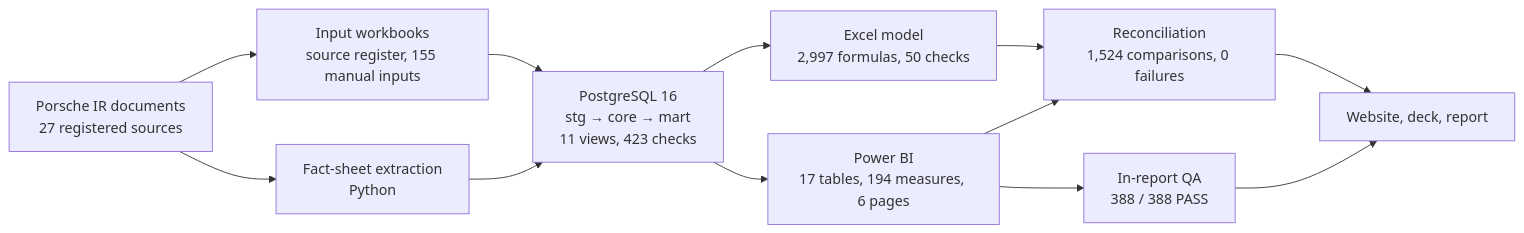
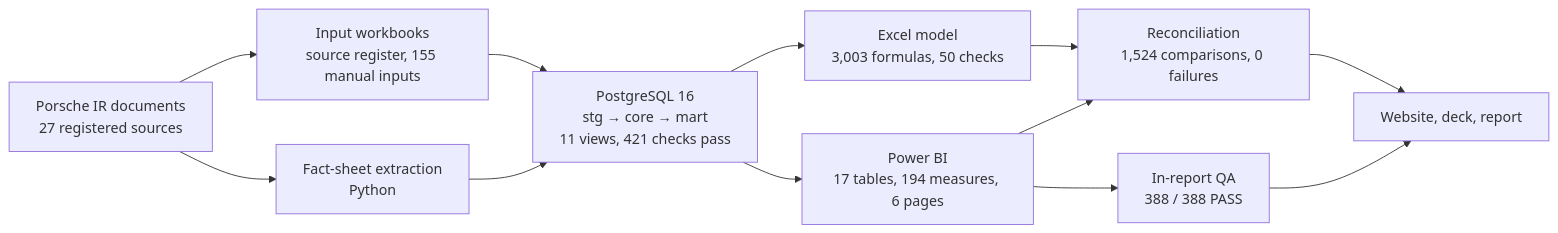
Before and after one commit to vigneshwari2408/porsche-margin-recovery: the diagram in README.md, drawn with Mermaid. The commit also changed other lines of this file and 21 other files, not shown here.

````diff
--- a/README.md
+++ b/README.md
@@ -168,14 +172,14 @@
 ```mermaid
 flowchart LR
     A["Porsche IR documents<br/>27 registered sources"] --> B["Input workbooks<br/>source register, 155 manual inputs"]
     A --> C["Fact-sheet extraction<br/>Python"]
-    B --> D["PostgreSQL 16<br/>stg → core → mart<br/>11 views, 423 checks"]
+    B --> D["PostgreSQL 16<br/>stg → core → mart<br/>11 views, 421 checks pass"]
     C --> D
-    D --> E["Excel model<br/>2,997 formulas, 50 checks"]
+    D --> E["Excel model<br/>3,003 formulas, 50 checks"]
     D --> F["Power BI<br/>17 tables, 194 measures, 6 pages"]
     E --> G["Reconciliation<br/>1,524 comparisons, 0 failures"]
     F --> G
     F --> H["In-report QA<br/>388 / 388 PASS"]
     G --> I["Website, deck, report"]
     H --> I
 ```
````
